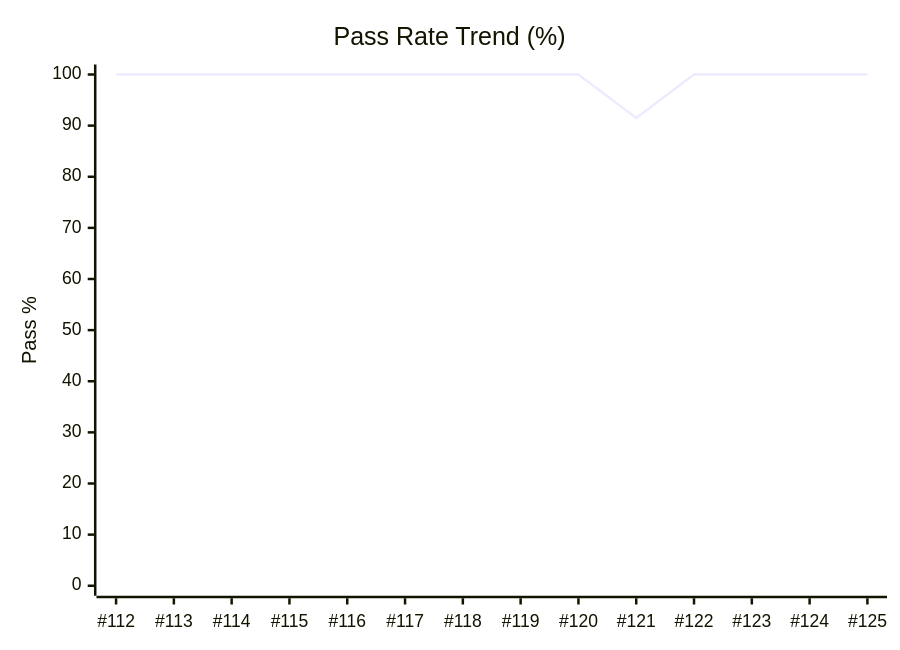
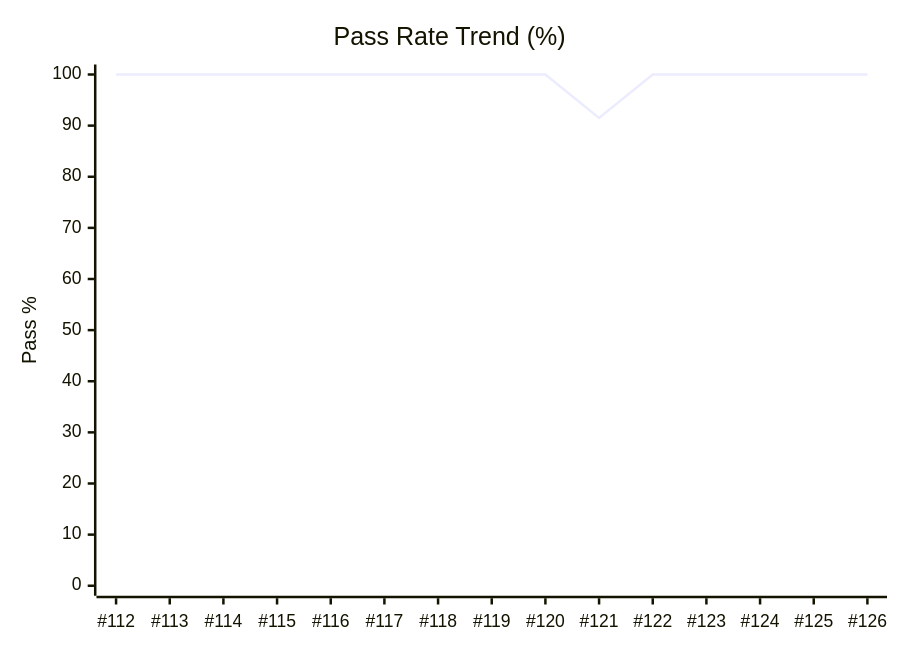
The diagram in dashboards/qa-metrics.md (karimarie67/QA-boost), drawn with Mermaid before and after one commit. The commit also changed other lines of this file and 2 other files, not shown here.

````diff
--- a/dashboards/qa-metrics.md
+++ b/dashboards/qa-metrics.md
@@ -37,7 +37,7 @@
 ```mermaid
 xychart-beta
     title "Pass Rate Trend (%)"
-    x-axis [#112, #113, #114, #115, #116, #117, #118, #119, #120, #121, #122, #123, #124, #125]
+    x-axis [#112, #113, #114, #115, #116, #117, #118, #119, #120, #121, #122, #123, #124, #125, #126]
     y-axis "Pass %" 0 --> 100
-    line [100.0, 100.0, 100.0, 100.0, 100.0, 100.0, 100.0, 100.0, 100.0, 91.5, 100.0, 100.0, 100.0, 100.0]
+    line [100.0, 100.0, 100.0, 100.0, 100.0, 100.0, 100.0, 100.0, 100.0, 91.5, 100.0, 100.0, 100.0, 100.0, 100.0]
 ```
````
